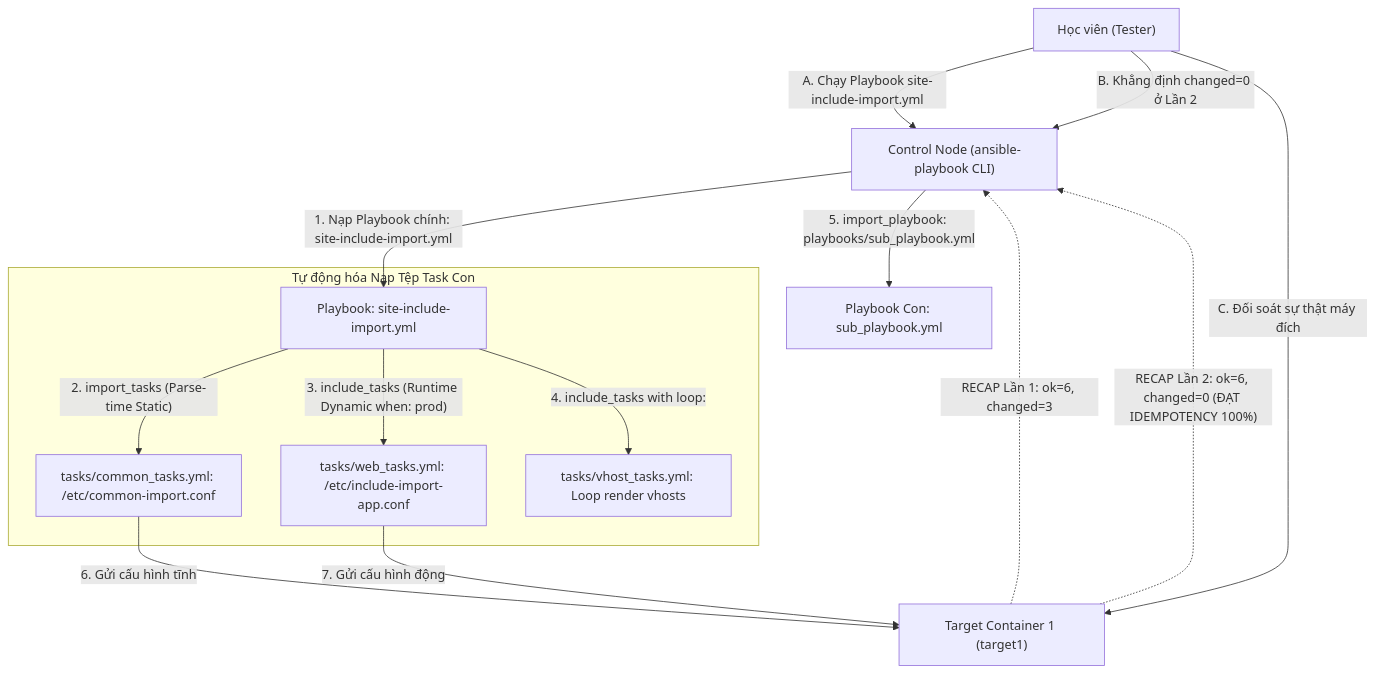
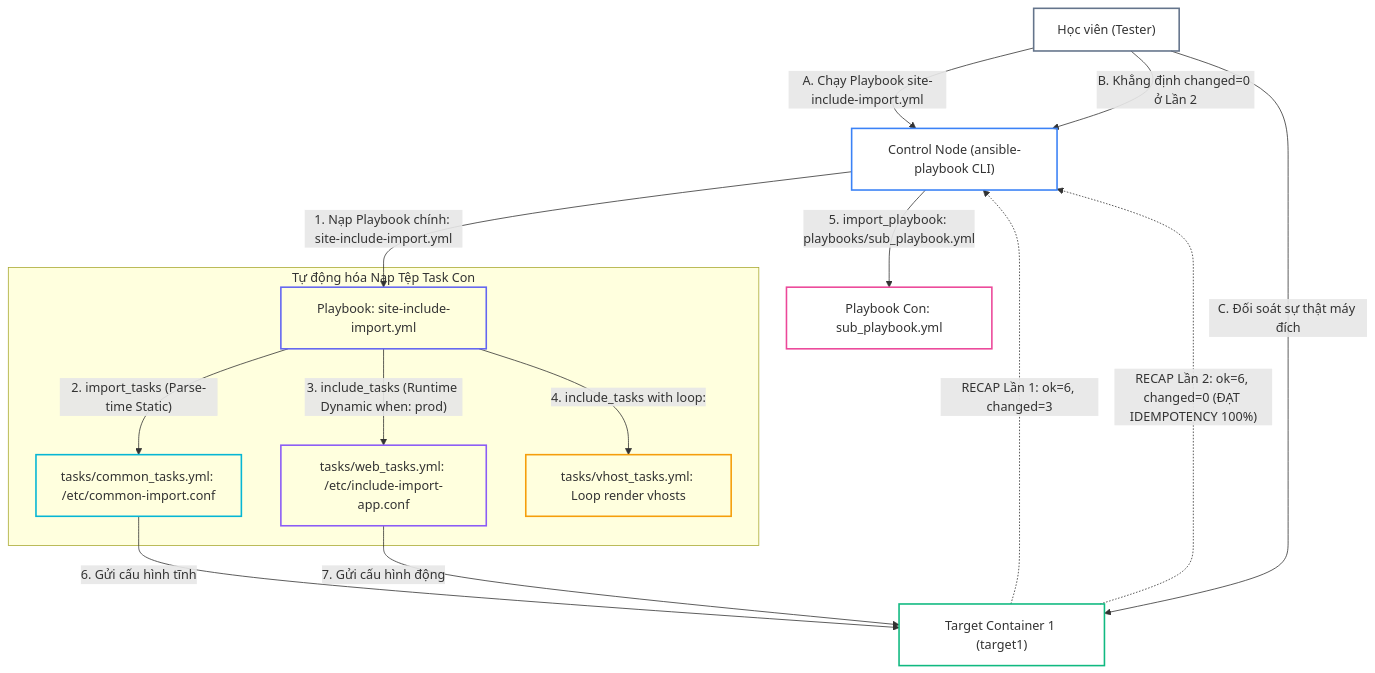
One commit to kiennt308/ntk changed the third of 3 diagrams in _posts/2026-09-13-ansible-18-18-include-import.md. Above: the diagram before and after it, drawn with Mermaid. The commit also changed other lines of this file and 30 other files, not shown here.

````diff
--- a/_posts/2026-09-13-ansible-18-18-include-import.md
+++ b/_posts/2026-09-13-ansible-18-18-include-import.md
@@ -467,22 +490,31 @@
 ```mermaid
 graph TD
     SubGraph1["Control Node (ansible-playbook CLI)"] -->|"1. Nạp Playbook chính: site-include-import.yml"| PB["Playbook: site-include-import.yml"]
     
     subgraph "Tự động hóa Nạp Tệp Task Con"
         PB -->|"2. import_tasks (Parse-time Static)"| T1["tasks/common_tasks.yml: /etc/common-import.conf"]
         PB -->|"3. include_tasks (Runtime Dynamic when: prod)"| T2["tasks/web_tasks.yml: /etc/include-import-app.conf"]
         PB -->|"4. include_tasks with loop:"| T3["tasks/vhost_tasks.yml: Loop render vhosts"]
     end
     
     SubGraph1 -->|"5. import_playbook: playbooks/sub_playbook.yml"| SUB["Playbook Con: sub_playbook.yml"]
     
     T1 -->|"6. Gửi cấu hình tĩnh"| TARGET1["Target Container 1 (target1)"]
     T2 -->|"7. Gửi cấu hình động"| TARGET1
     
-    TARGET1 -. "RECAP Lần 1: ok=6, changed=3" .-> SubGraph1
-    TARGET1 -. "RECAP Lần 2: ok=6, changed=0 (ĐẠT IDEMPOTENCY 100%)" .-> SubGraph1
+    TARGET1 -.->|"RECAP Lần 1: ok=6, changed=3"| SubGraph1
+    TARGET1 -.->|"RECAP Lần 2: ok=6, changed=0 (ĐẠT IDEMPOTENCY 100%)"| SubGraph1
     
     DEV["Học viên (Tester)"] -->|"A. Chạy Playbook site-include-import.yml"| SubGraph1
     DEV -->|"B. Khẳng định changed=0 ở Lần 2"| SubGraph1
     DEV -->|"C. Đối soát sự thật máy đích"| TARGET1
+
+    style SubGraph1 fill:none,stroke:#3b82f6,stroke-width:2px
+    style PB fill:none,stroke:#6366f1,stroke-width:2px
+    style T1 fill:none,stroke:#06b6d4,stroke-width:2px
+    style T2 fill:none,stroke:#8b5cf6,stroke-width:2px
+    style T3 fill:none,stroke:#f59e0b,stroke-width:2px
+    style SUB fill:none,stroke:#ec4899,stroke-width:2px
+    style TARGET1 fill:none,stroke:#10b981,stroke-width:2px
+    style DEV fill:none,stroke:#64748b,stroke-width:2px
 ```
````
